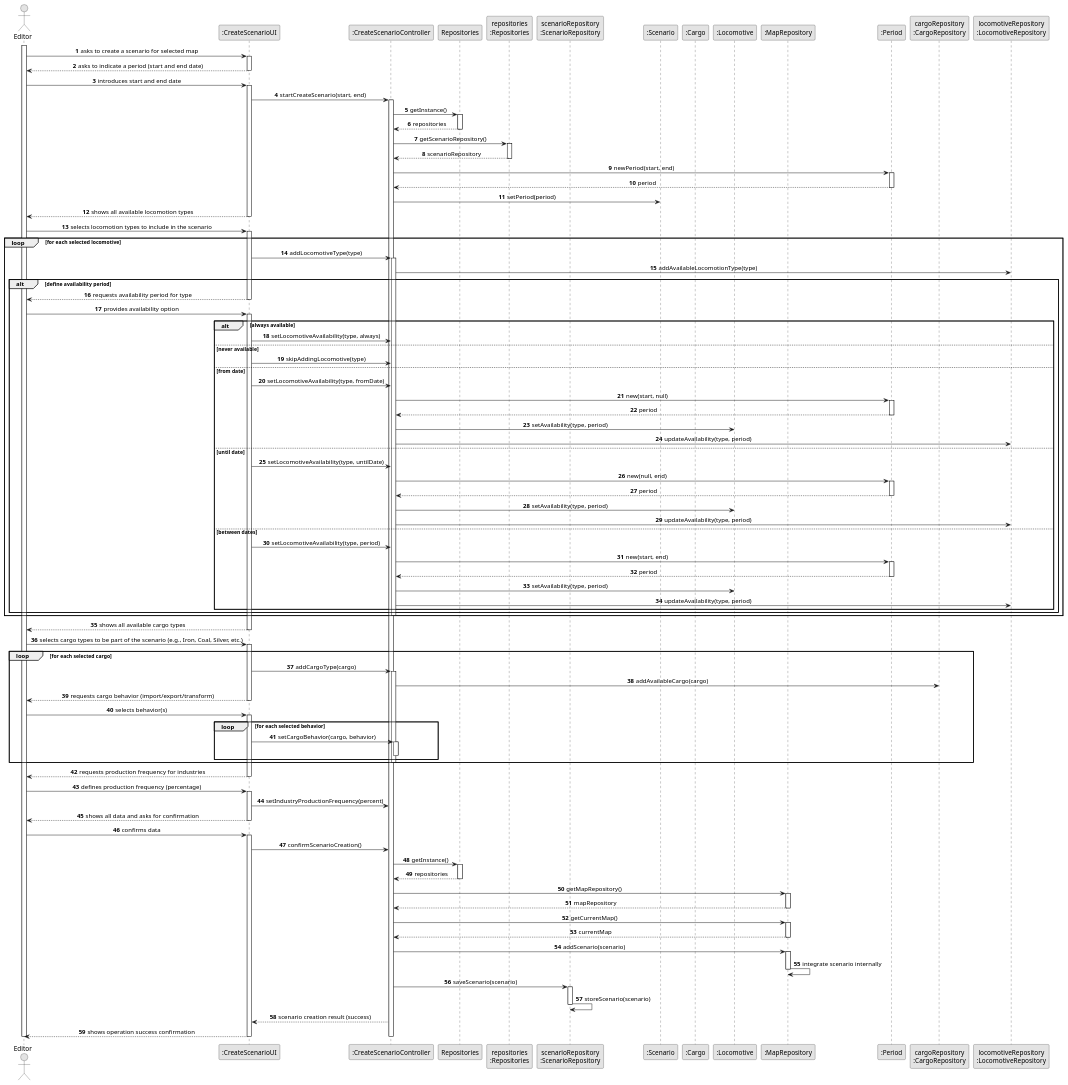
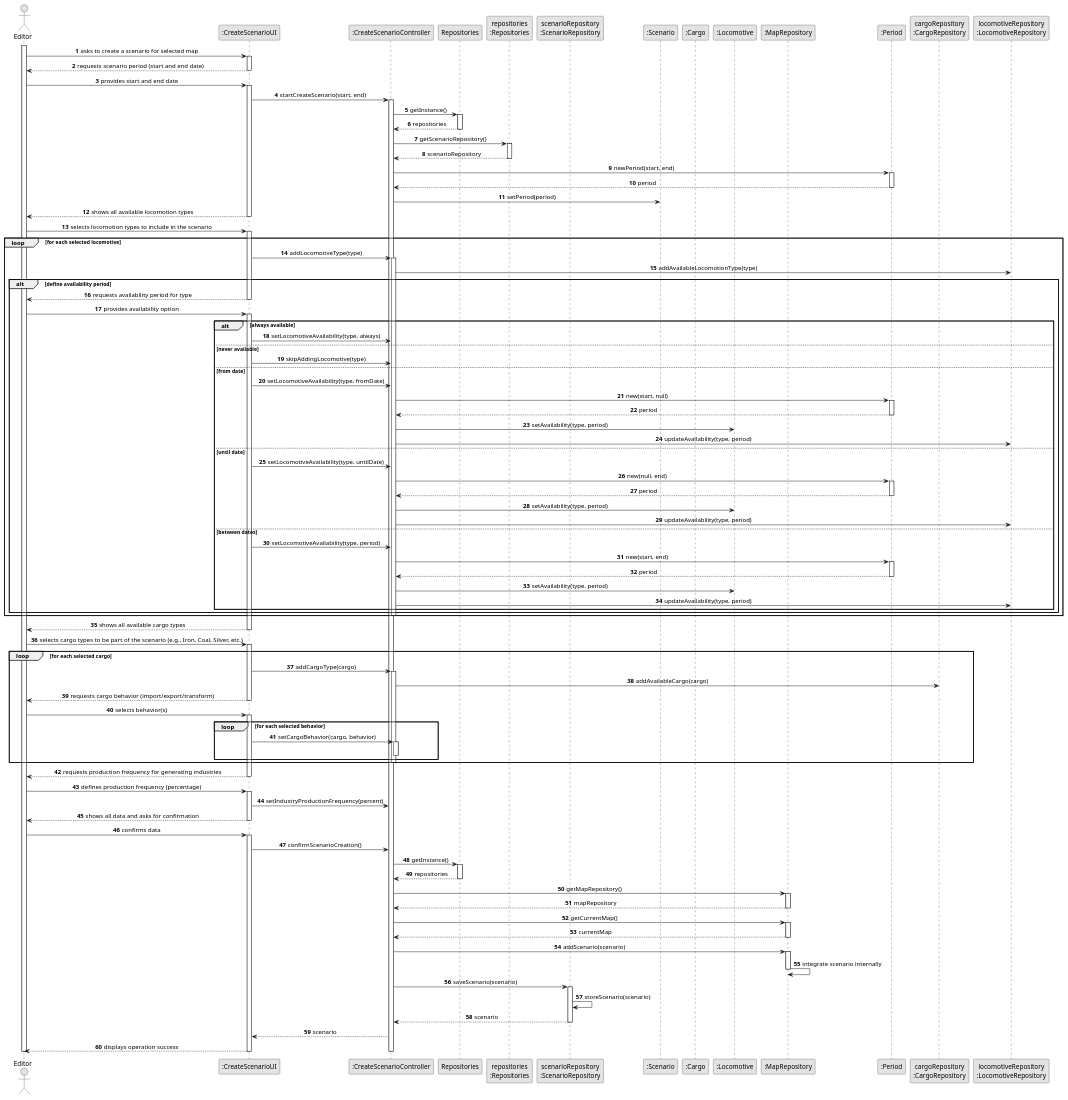
One commit to 1240826/empire-on-tracks changed the diagram in docs/system-documentation/US004/03.design/puml/US004-SD-full.puml. Above: the diagram before and after it, drawn with PlantUML. The commit also changed 16 other files, not shown here.

```diff
--- a/docs/system-documentation/US004/03.design/puml/US004-SD-full.puml
+++ b/docs/system-documentation/US004/03.design/puml/US004-SD-full.puml
@@ -1,180 +1,181 @@
 @startuml
 skinparam monochrome true
 skinparam packageStyle rectangle
 skinparam shadowing false
 skinparam sequenceMessageAlign center
 
 autonumber
 
 actor "Editor" as Editor
 participant ":CreateScenarioUI" as UI
 participant ":CreateScenarioController" as Controller
 participant "Repositories" as REPOS
 participant "repositories\n:Repositories" as REPOS_SINGLETON
 participant "scenarioRepository\n:ScenarioRepository" as SCENARIO_REPO
 participant ":Scenario" as Scenario
 participant ":Cargo" as Cargo
 participant ":Locomotive" as Locomotive
 participant ":MapRepository" as MapRepo
 participant ":Period" as Period
 participant "cargoRepository\n:CargoRepository" as CargoRepo
 participant "locomotiveRepository\n:LocomotiveRepository" as LocoRepo
 
 activate Editor
 
 Editor -> UI : asks to create a scenario for selected map
 activate UI
-UI --> Editor : asks to indicate a period (start and end date)
+UI --> Editor : requests scenario period (start and end date)
 deactivate UI
 
-Editor -> UI: introduces start and end date
+Editor -> UI: provides start and end date
 activate UI
 UI -> Controller : startCreateScenario(start, end)
 activate Controller
 
 Controller -> REPOS : getInstance()
 activate REPOS
 REPOS --> Controller : repositories
 deactivate REPOS
 
 
 Controller -> REPOS_SINGLETON : getScenarioRepository()
 activate REPOS_SINGLETON
 REPOS_SINGLETON --> Controller : scenarioRepository
 deactivate REPOS_SINGLETON
 
 Controller -> Period : newPeriod(start, end)
 activate Period
 Period --> Controller : period
 deactivate Period
 Controller -> Scenario : setPeriod(period)
 deactivate REPOS_SINGLETON
 
 UI --> Editor : shows all available locomotion types
 deactivate UI
 
 Editor -> UI : selects locomotion types to include in the scenario
 activate UI
 
 loop for each selected locomotive
     UI -> Controller : addLocomotiveType(type)
     activate Controller
     Controller -> LocoRepo : addAvailableLocomotionType(type)
 
     alt define availability period
         UI --> Editor : requests availability period for type
         deactivate UI
         Editor -> UI : provides availability option
         activate UI
 
         alt always available
             UI -> Controller : setLocomotiveAvailability(type, always)
 
         else never available
             UI -> Controller : skipAddingLocomotive(type)
 
         else from date
             UI -> Controller : setLocomotiveAvailability(type, fromDate)
             Controller -> Period : new(start, null)
             activate Period
             Period --> Controller : period
             deactivate Period
             Controller -> Locomotive : setAvailability(type, period)
             Controller -> LocoRepo : updateAvailability(type, period)
             deactivate Period
 
         else until date
             UI -> Controller : setLocomotiveAvailability(type, untilDate)
             Controller -> Period : new(null, end)
             activate Period
             Period --> Controller : period
             deactivate Period
             Controller -> Locomotive : setAvailability(type, period)
             Controller -> LocoRepo : updateAvailability(type, period)
             deactivate Period
 
         else between dates
             UI -> Controller : setLocomotiveAvailability(type, period)
             Controller -> Period : new(start, end)
             activate Period
             Period --> Controller : period
             deactivate Period
             Controller -> Locomotive : setAvailability(type, period)
             Controller -> LocoRepo : updateAvailability(type, period)
             deactivate Period
         end
     end
     deactivate Controller
 end
 
 UI --> Editor : shows all available cargo types
 deactivate UI
 
 Editor -> UI : selects cargo types to be part of the scenario (e.g., Iron, Coal, Silver, etc.)
 activate UI
 
 loop for each selected cargo
     UI -> Controller : addCargoType(cargo)
     activate Controller
     Controller -> CargoRepo : addAvailableCargo(cargo)
 
     UI --> Editor : requests cargo behavior (import/export/transform)
     deactivate UI
     Editor -> UI : selects behavior(s)
     activate UI
 
     loop for each selected behavior
         UI -> Controller : setCargoBehavior(cargo, behavior)
         activate Controller
         deactivate Controller
     end
     deactivate Controller
 end
 
-UI --> Editor : requests production frequency for industries
+UI --> Editor : requests production frequency for generating industries
 deactivate UI
 Editor -> UI : defines production frequency (percentage)
 activate UI
 UI -> Controller : setIndustryProductionFrequency(percent)
 
 UI --> Editor : shows all data and asks for confirmation
 deactivate UI
 Editor -> UI : confirms data
 activate UI
 UI -> Controller : confirmScenarioCreation()
 
 Controller -> REPOS : getInstance()
 activate REPOS
 REPOS --> Controller : repositories
 deactivate REPOS
 
 
 Controller -> MapRepo : getMapRepository()
 activate MapRepo
 MapRepo --> Controller : mapRepository
 deactivate MapRepo
 
 Controller -> MapRepo : getCurrentMap()
 activate MapRepo
 MapRepo --> Controller : currentMap
 deactivate MapRepo
 Controller -> MapRepo : addScenario(scenario)
 activate MapRepo
 MapRepo -> MapRepo : integrate scenario internally
 deactivate MapRepo
 
 Controller -> SCENARIO_REPO : saveScenario(scenario)
 activate SCENARIO_REPO
 SCENARIO_REPO -> SCENARIO_REPO : storeScenario(scenario)
+SCENARIO_REPO --> Controller : scenario
 deactivate SCENARIO_REPO
 
-Controller --> UI : scenario creation result (success)
-UI --> Editor : shows operation success confirmation
+Controller --> UI : scenario
+UI --> Editor : displays operation success
 
 deactivate SCENARIO_REPO
 deactivate MapRepo
 deactivate REPOS
 deactivate Controller
 deactivate UI
 deactivate Editor
 @enduml
```
